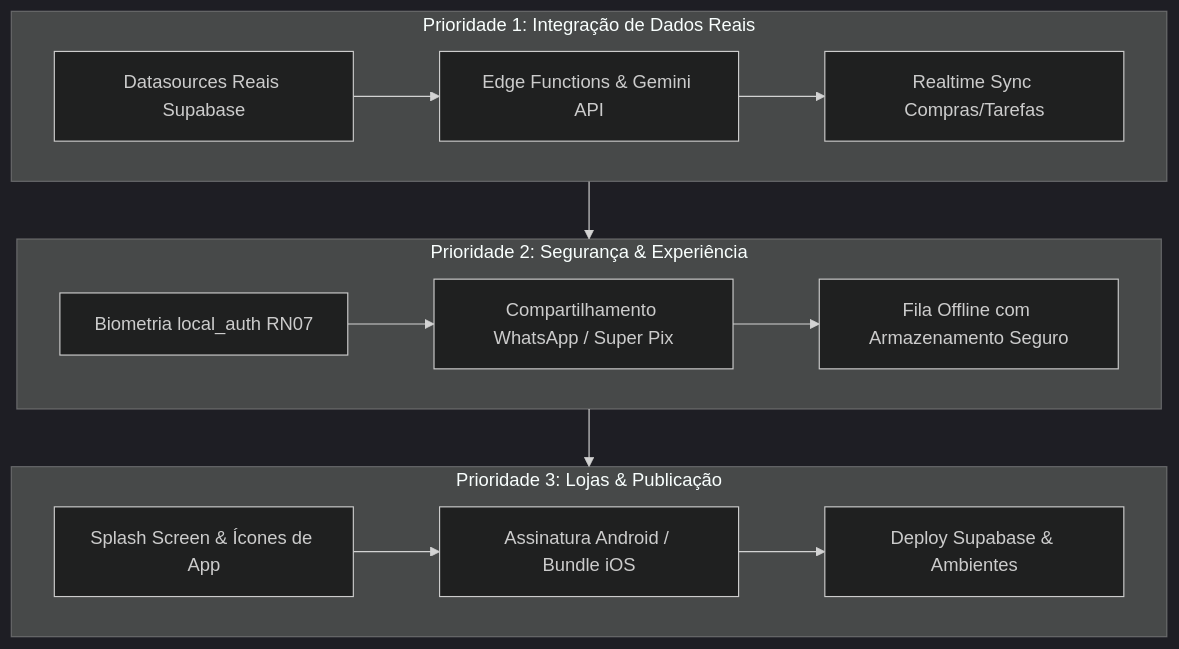
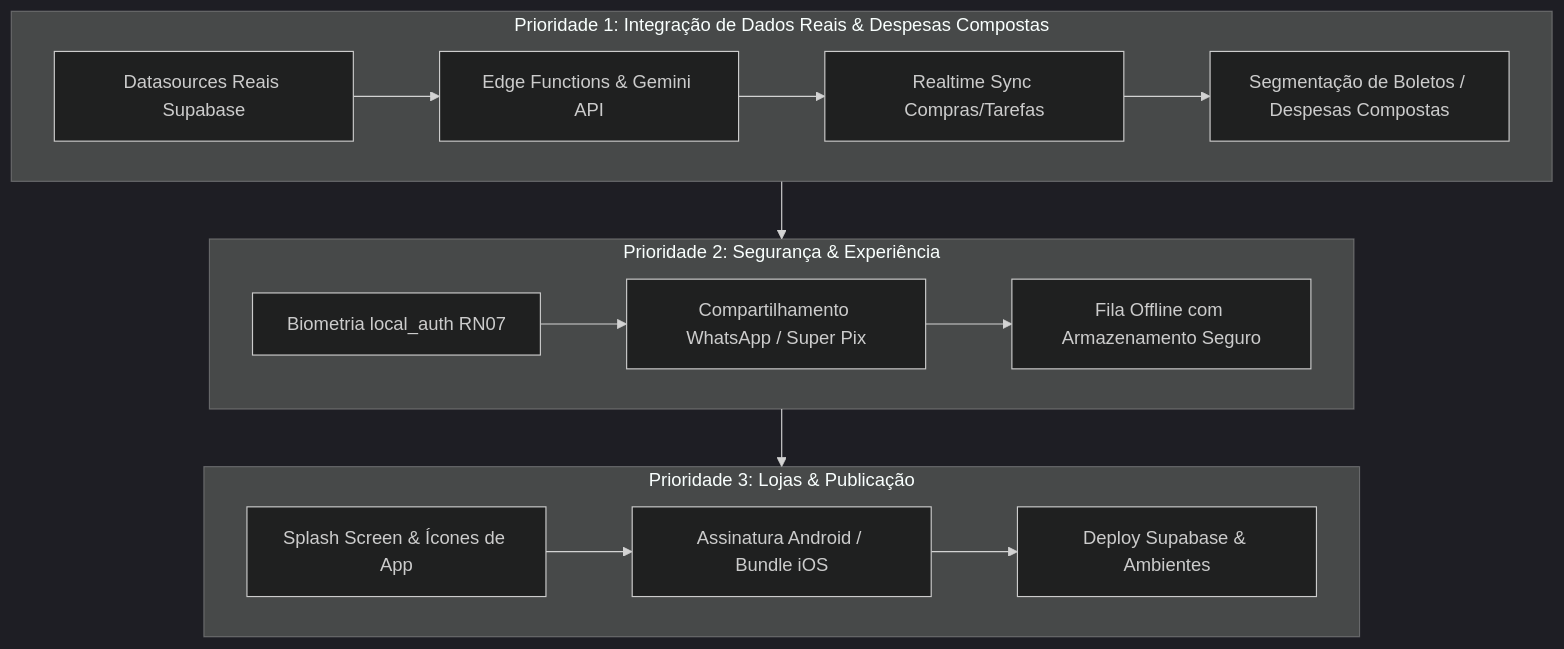
The diagram in Documentacao/o_que_falta_fazer.md (kelcalegari/OmniLar), drawn with Mermaid (dark theme) before and after one commit. The commit also changed other lines of this file, not shown here.

Commit message:
docs: registrar frente de despesas compostas e segmentacao de boletos no roadmap

````diff
--- a/Documentacao/o_que_falta_fazer.md
+++ b/Documentacao/o_que_falta_fazer.md
@@ -32,20 +33,21 @@
 ```mermaid
 flowchart TD
-    subgraph P1["Prioridade 1: Integração de Dados Reais"]
+    subgraph P1["Prioridade 1: Integração de Dados Reais & Despesas Compostas"]
         A[Datasources Reais Supabase] --> B[Edge Functions & Gemini API]
         B --> C[Realtime Sync Compras/Tarefas]
+        C --> D[Segmentação de Boletos / Despesas Compostas]
     end
 
     subgraph P2["Prioridade 2: Segurança & Experiência"]
-        D[Biometria local_auth RN07] --> E[Compartilhamento WhatsApp / Super Pix]
-        E --> F[Fila Offline com Armazenamento Seguro]
+        E[Biometria local_auth RN07] --> F[Compartilhamento WhatsApp / Super Pix]
+        F --> G[Fila Offline com Armazenamento Seguro]
     end
 
     subgraph P3["Prioridade 3: Lojas & Publicação"]
-        G[Splash Screen & Ícones de App] --> H[Assinatura Android / Bundle iOS]
-        H --> I[Deploy Supabase & Ambientes]
+        H[Splash Screen & Ícones de App] --> I[Assinatura Android / Bundle iOS]
+        I --> J[Deploy Supabase & Ambientes]
     end
 
     P1 --> P2
     P2 --> P3
 ```
````
